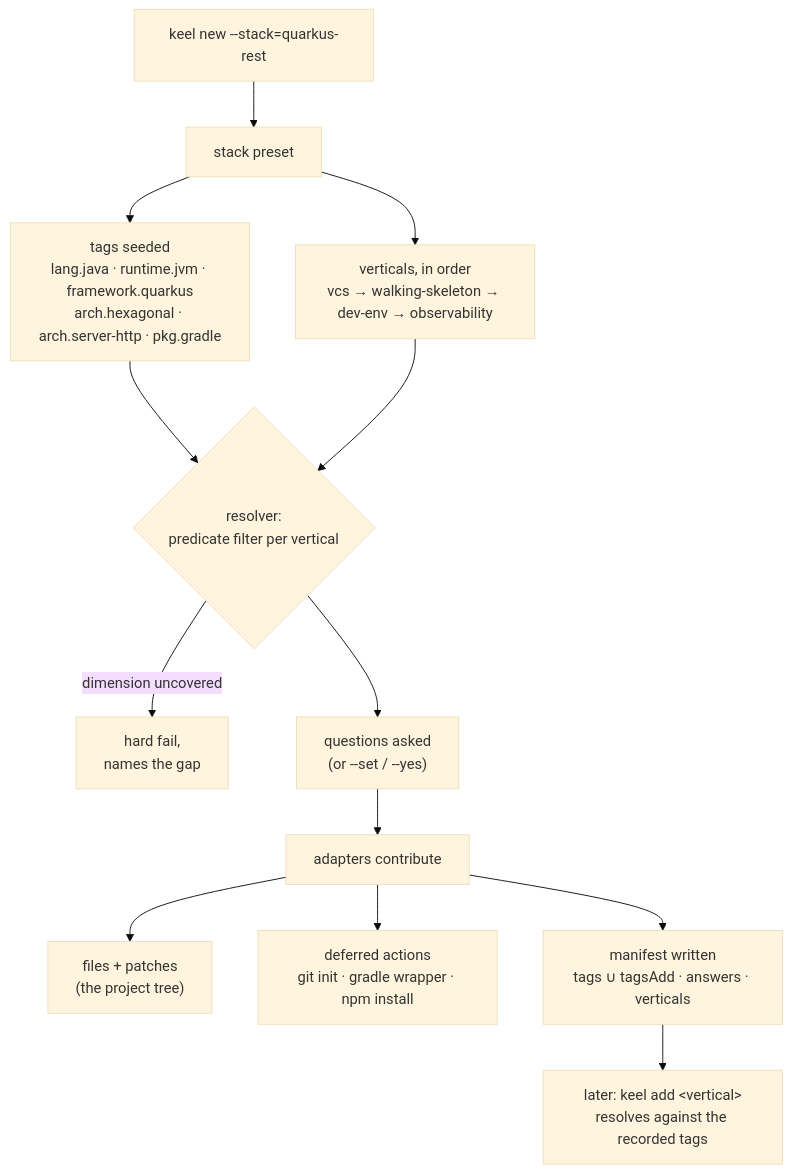
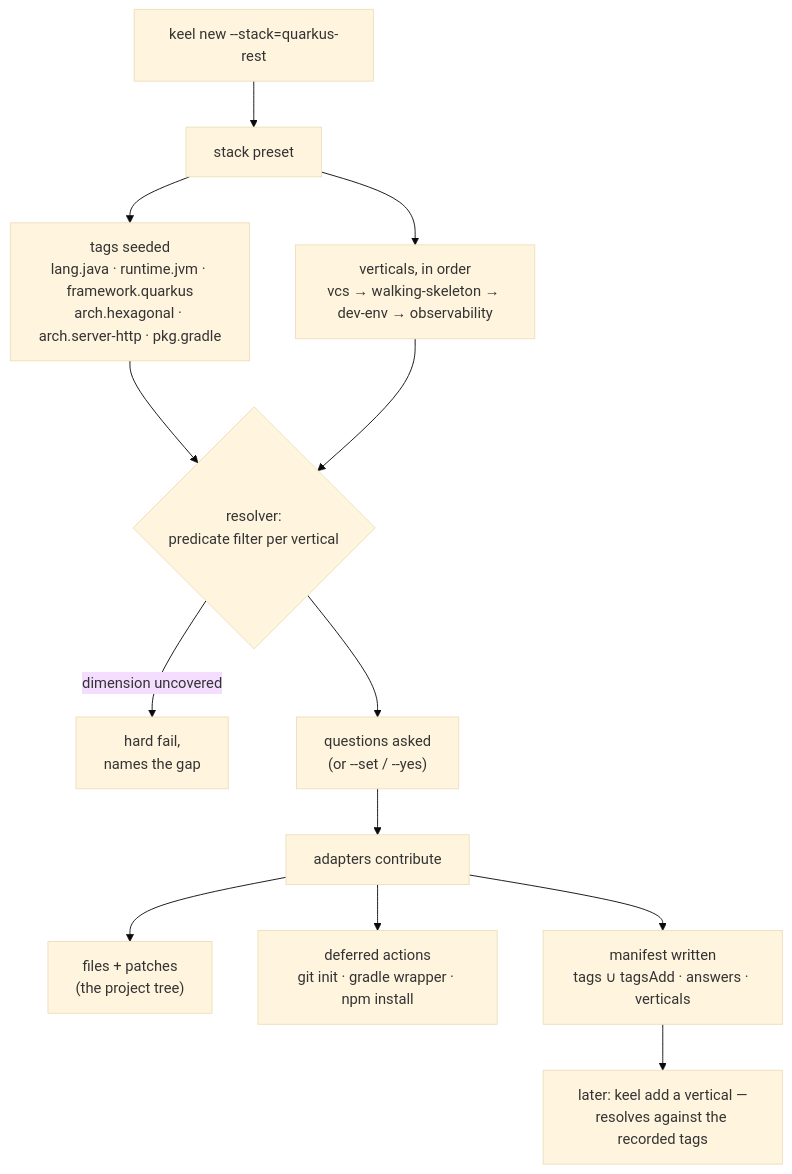
Before and after one commit to rgoussu-dev/Keel: the first of 2 diagrams in docs/composition.md, drawn with Mermaid (base theme). The commit also changed other lines of this file and 1 other file, not shown here.

Commit message:
docs: keep mermaid diagrams inside GitHub's rendering subset
GitHub renders mermaid with strict sanitization: HTML tags other
than <br/> and HTML entities in node labels come out as literal
text, and the bidirectional dotted edge is not portable. Replace
the <i> emphasis in the hexagon anatomy diagram with parentheses,
drop the &lt;vertical&gt; entities from the install-flow diagram,
and pin the OpenAPI-contract edge to one direction (backend owns
the contract, frontend consumes it).

Claude-Session: https://claude.ai/code/session_01Gy9AMxrB7gY8enptjTZg5E

````diff
--- a/docs/composition.md
+++ b/docs/composition.md
@@ -59,15 +59,15 @@
 ```mermaid
 flowchart TD
   U["keel new --stack=quarkus-rest"] --> S["stack preset"]
   S --> T["tags seeded<br/>lang.java · runtime.jvm · framework.quarkus<br/>arch.hexagonal · arch.server-http · pkg.gradle"]
   S --> V["verticals, in order<br/>vcs → walking-skeleton → dev-env → observability"]
   T --> R{"resolver:<br/>predicate filter per vertical"}
   V --> R
   R -->|"dimension uncovered"| X["hard fail,<br/>names the gap"]
   R --> Q["questions asked<br/>(or --set / --yes)"]
   Q --> A["adapters contribute"]
   A --> F["files + patches<br/>(the project tree)"]
   A --> D["deferred actions<br/>git init · gradle wrapper · npm install"]
   A --> M["manifest written<br/>tags ∪ tagsAdd · answers · verticals"]
-  M --> N["later: keel add &lt;vertical&gt;<br/>resolves against the recorded tags"]
+  M --> N["later: keel add a vertical —<br/>resolves against the recorded tags"]
 ```
````
